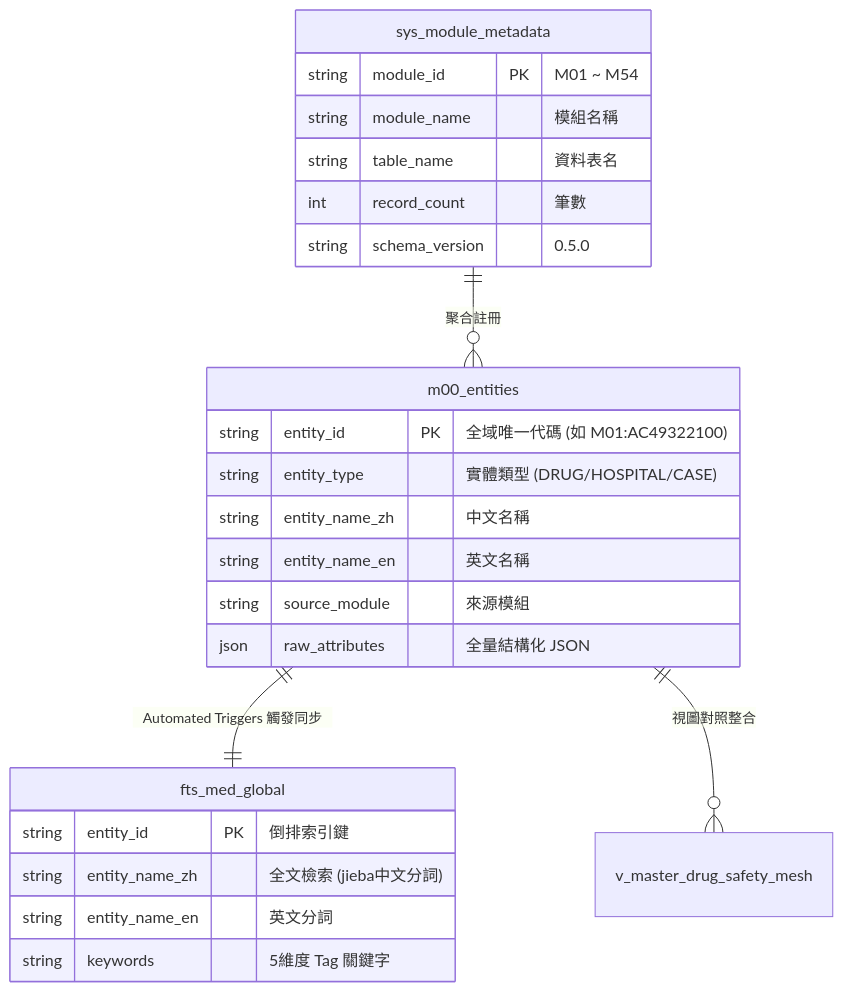
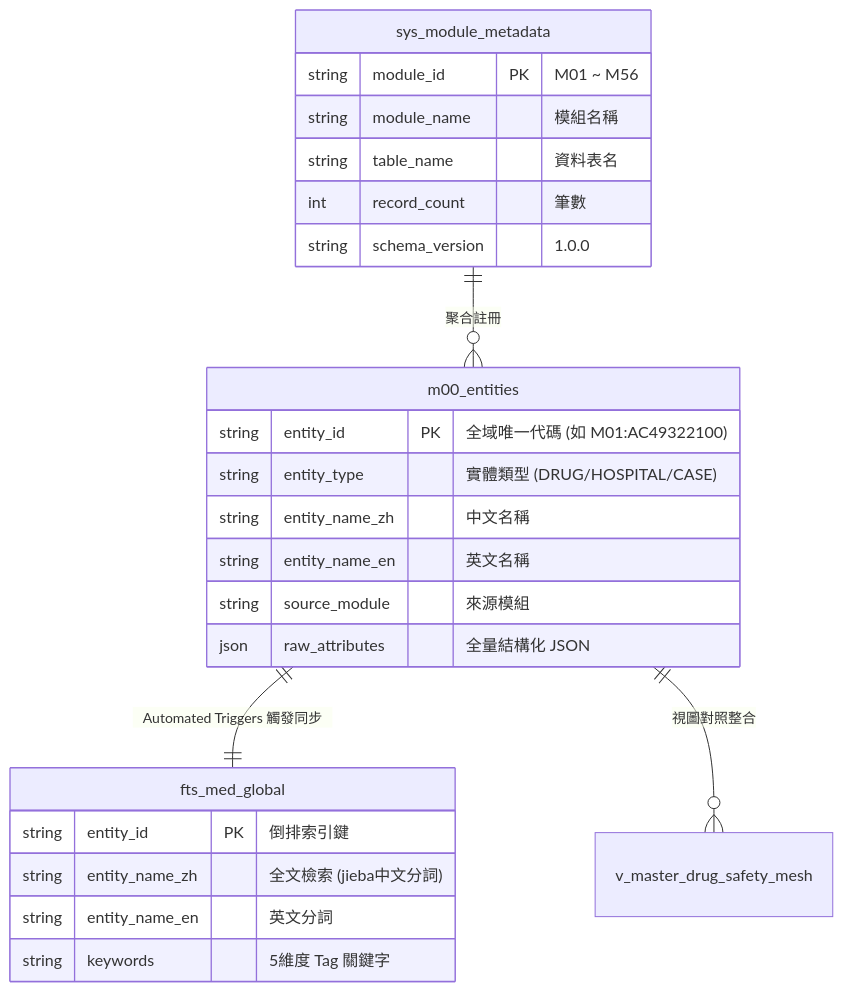
One commit to wuulong/tw-med-db changed the second of 4 diagrams in book/02_architecture_and_models.md. Above: the diagram before and after it, drawn with Mermaid. The commit also changed other lines of this file and 30 other files, not shown here.

````diff
--- a/book/02_architecture_and_models.md
+++ b/book/02_architecture_and_models.md
@@ -53,30 +53,30 @@
 ```mermaid
 erDiagram
     sys_module_metadata ||--o{ m00_entities : "聚合註冊"
     m00_entities ||--|| fts_med_global : "Automated Triggers 觸發同步"
     m00_entities ||--o{ v_master_drug_safety_mesh : "視圖對照整合"
 
     sys_module_metadata {
-        string module_id PK "M01 ~ M54"
+        string module_id PK "M01 ~ M56"
         string module_name "模組名稱"
         string table_name "資料表名"
         int record_count "筆數"
-        string schema_version "0.5.0"
+        string schema_version "1.0.0"
     }
 
     m00_entities {
         string entity_id PK "全域唯一代碼 (如 M01:AC49322100)"
         string entity_type "實體類型 (DRUG/HOSPITAL/CASE)"
         string entity_name_zh "中文名稱"
         string entity_name_en "英文名稱"
         string source_module "來源模組"
         json raw_attributes "全量結構化 JSON"
     }
 
     fts_med_global {
         string entity_id PK "倒排索引鍵"
         string entity_name_zh "全文檢索 (jieba中文分詞)"
         string entity_name_en "英文分詞"
         string keywords "5維度 Tag 關鍵字"
     }
 ```
````
